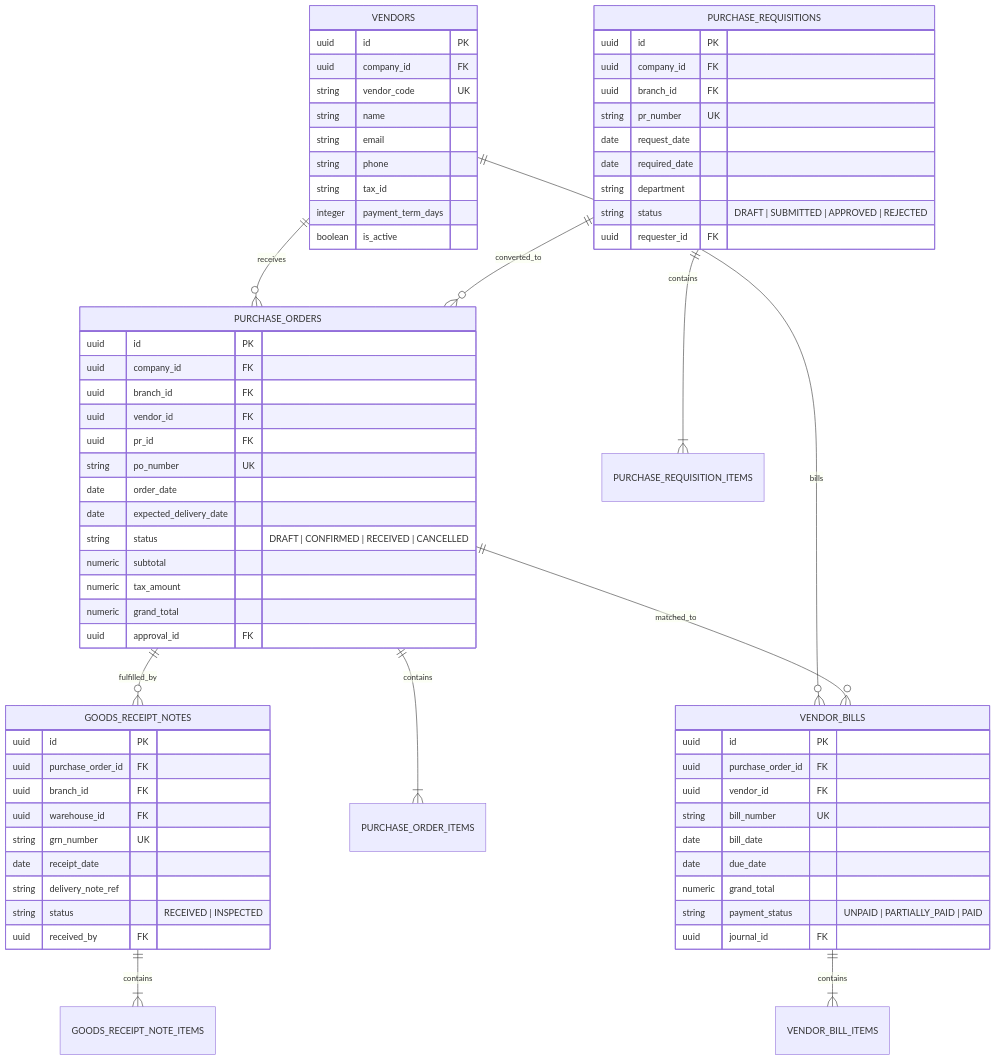
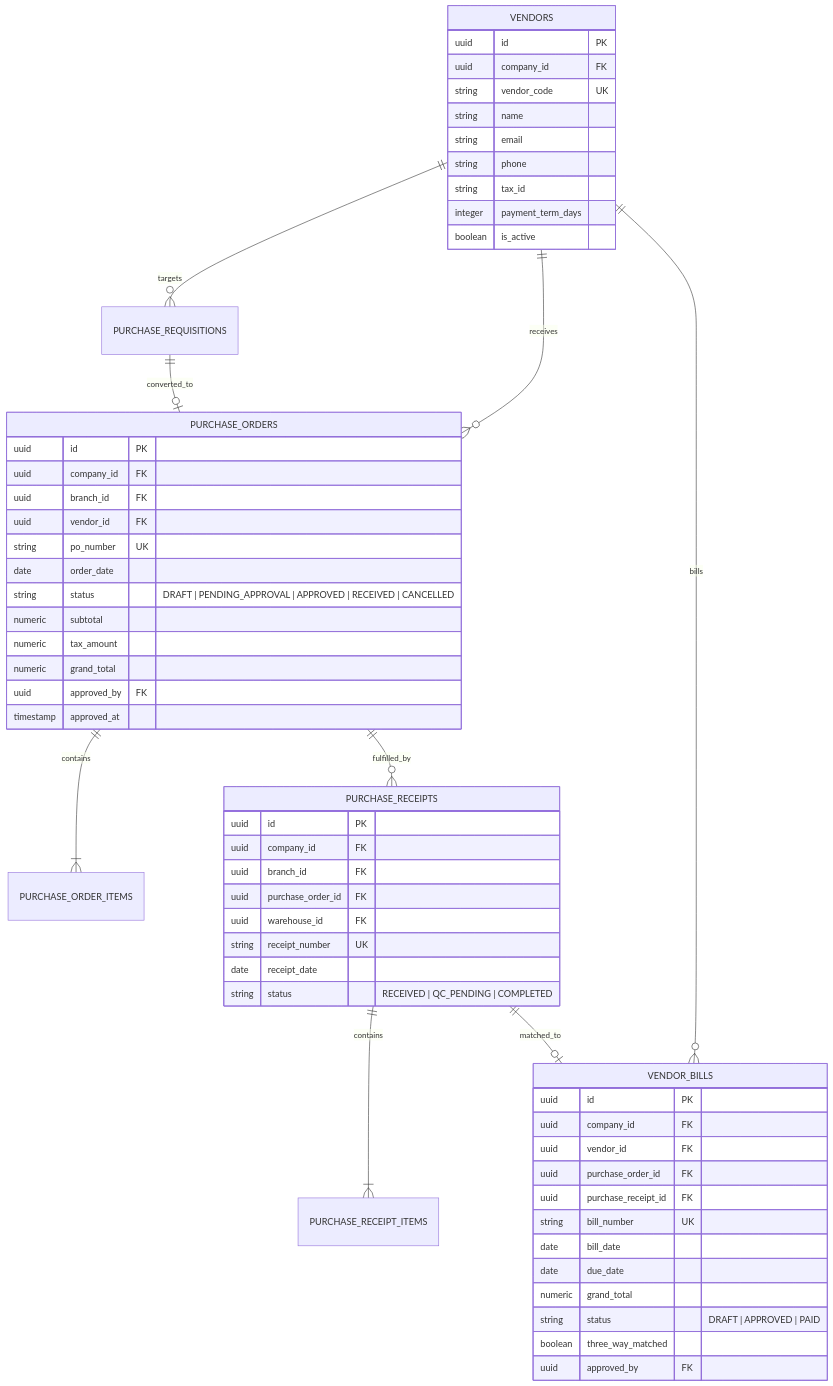
Before and after one commit to Vall-Here/mnf-erp-nextjs-golang: the fourth of 4 diagrams in sdd/04_purchasing_sdd.md, drawn with Mermaid. The commit also changed other lines of this file and 10 other files, not shown here.

````diff
--- a/sdd/04_purchasing_sdd.md
+++ b/sdd/04_purchasing_sdd.md
@@ -129,76 +124,64 @@
 ```mermaid
 erDiagram
+    VENDORS ||--o{ PURCHASE_REQUISITIONS : "targets"
     VENDORS ||--o{ PURCHASE_ORDERS : "receives"
     VENDORS ||--o{ VENDOR_BILLS : "bills"
-    PURCHASE_REQUISITIONS ||--|{ PURCHASE_REQUISITION_ITEMS : "contains"
-    PURCHASE_REQUISITIONS ||--o{ PURCHASE_ORDERS : "converted_to"
+    PURCHASE_REQUISITIONS ||--o| PURCHASE_ORDERS : "converted_to"
     PURCHASE_ORDERS ||--|{ PURCHASE_ORDER_ITEMS : "contains"
-    PURCHASE_ORDERS ||--o{ GOODS_RECEIPT_NOTES : "fulfilled_by"
-    PURCHASE_ORDERS ||--o{ VENDOR_BILLS : "matched_to"
-    GOODS_RECEIPT_NOTES ||--|{ GOODS_RECEIPT_NOTE_ITEMS : "contains"
-    VENDOR_BILLS ||--|{ VENDOR_BILL_ITEMS : "contains"
+    PURCHASE_ORDERS ||--o{ PURCHASE_RECEIPTS : "fulfilled_by"
+    PURCHASE_RECEIPTS ||--|{ PURCHASE_RECEIPT_ITEMS : "contains"
+    PURCHASE_RECEIPTS ||--o| VENDOR_BILLS : "matched_to"
 
     VENDORS {
         uuid id PK
         uuid company_id FK
         string vendor_code UK
         string name
         string email
         string phone
         string tax_id
         integer payment_term_days
         boolean is_active
     }
 
-    PURCHASE_REQUISITIONS {
-        uuid id PK
-        uuid company_id FK
-        uuid branch_id FK
-        string pr_number UK
-        date request_date
-        date required_date
-        string department
-        string status "DRAFT | SUBMITTED | APPROVED | REJECTED"
-        uuid requester_id FK
-    }
-
     PURCHASE_ORDERS {
         uuid id PK
         uuid company_id FK
         uuid branch_id FK
         uuid vendor_id FK
-        uuid pr_id FK
         string po_number UK
         date order_date
-        date expected_delivery_date
-        string status "DRAFT | CONFIRMED | RECEIVED | CANCELLED"
+        string status "DRAFT | PENDING_APPROVAL | APPROVED | RECEIVED | CANCELLED"
         numeric subtotal
         numeric tax_amount
         numeric grand_total
-        uuid approval_id FK
+        uuid approved_by FK
+        timestamp approved_at
     }
 
-    GOODS_RECEIPT_NOTES {
+    PURCHASE_RECEIPTS {
         uuid id PK
+        uuid company_id FK
+        uuid branch_id FK
         uuid purchase_order_id FK
-        uuid branch_id FK
         uuid warehouse_id FK
-        string grn_number UK
+        string receipt_number UK
         date receipt_date
-        string delivery_note_ref
-        string status "RECEIVED | INSPECTED"
-        uuid received_by FK
+        string status "RECEIVED | QC_PENDING | COMPLETED"
     }
 
     VENDOR_BILLS {
         uuid id PK
+        uuid company_id FK
+        uuid vendor_id FK
         uuid purchase_order_id FK
-        uuid vendor_id FK
+        uuid purchase_receipt_id FK
         string bill_number UK
         date bill_date
         date due_date
         numeric grand_total
-        string payment_status "UNPAID | PARTIALLY_PAID | PAID"
-        uuid journal_id FK
+        string status "DRAFT | APPROVED | PAID"
+        boolean three_way_matched
+        uuid approved_by FK
     }
 ```
````
